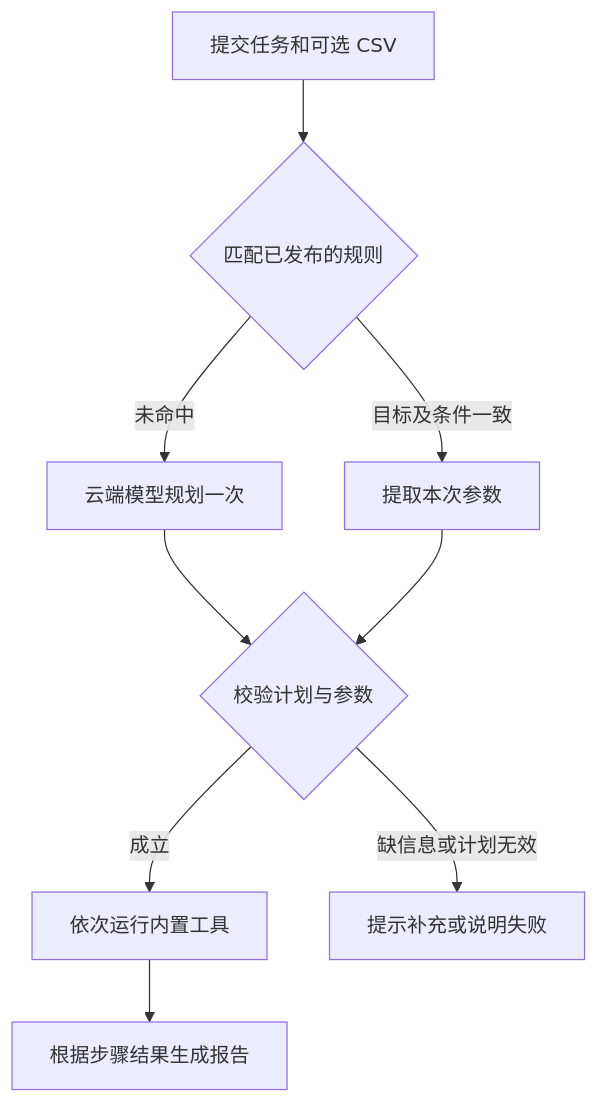
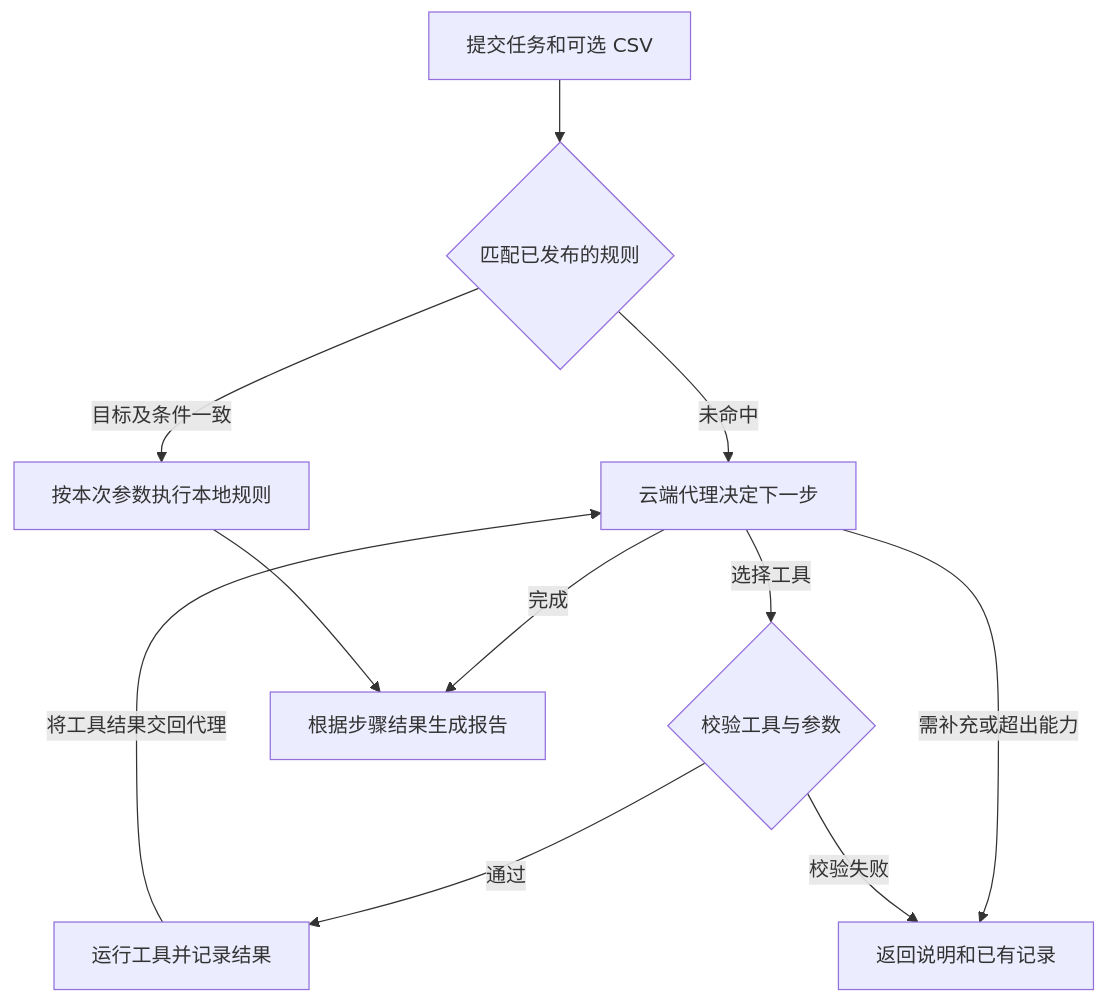
The second of 2 diagrams in 柒柿AI-黑客松技术方案.md (HH-567/cheese-ai), drawn with Mermaid before and after one commit. The commit also changed other lines of this file and 32 other files, not shown here.

````diff
--- a/柒柿AI-黑客松技术方案.md
+++ b/柒柿AI-黑客松技术方案.md
@@ -135,11 +135,13 @@
 ```mermaid
 flowchart TD
     A["提交任务和可选 CSV"] --> B{"匹配已发布的规则"}
-    B -->|"目标及条件一致"| C["提取本次参数"]
-    B -->|"未命中"| D["云端模型规划一次"]
-    D --> E{"校验计划与参数"}
-    C --> E
-    E -->|"成立"| F["依次运行内置工具"]
-    E -->|"缺信息或计划无效"| G["提示补充或说明失败"]
-    F --> H["根据步骤结果生成报告"]
+    B -->|"目标及条件一致"| C["按本次参数执行本地规则"]
+    B -->|"未命中"| D["云端代理决定下一步"]
+    D -->|"选择工具"| E{"校验工具与参数"}
+    E -->|"通过"| F["运行工具并记录结果"]
+    F -->|"将工具结果交回代理"| D
+    D -->|"完成"| H["根据步骤结果生成报告"]
+    D -->|"需补充或超出能力"| G["返回说明和已有记录"]
+    E -->|"校验失败"| G
+    C --> H
 ```
````
